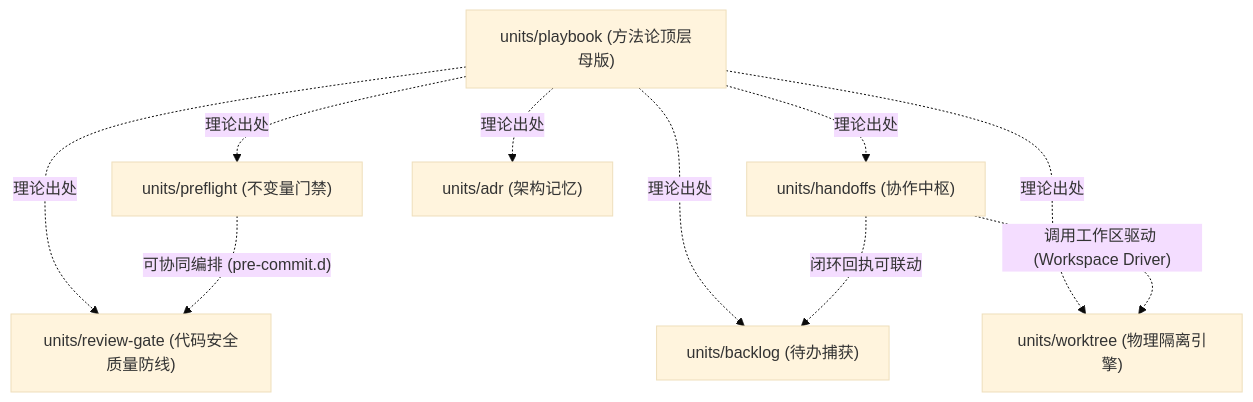
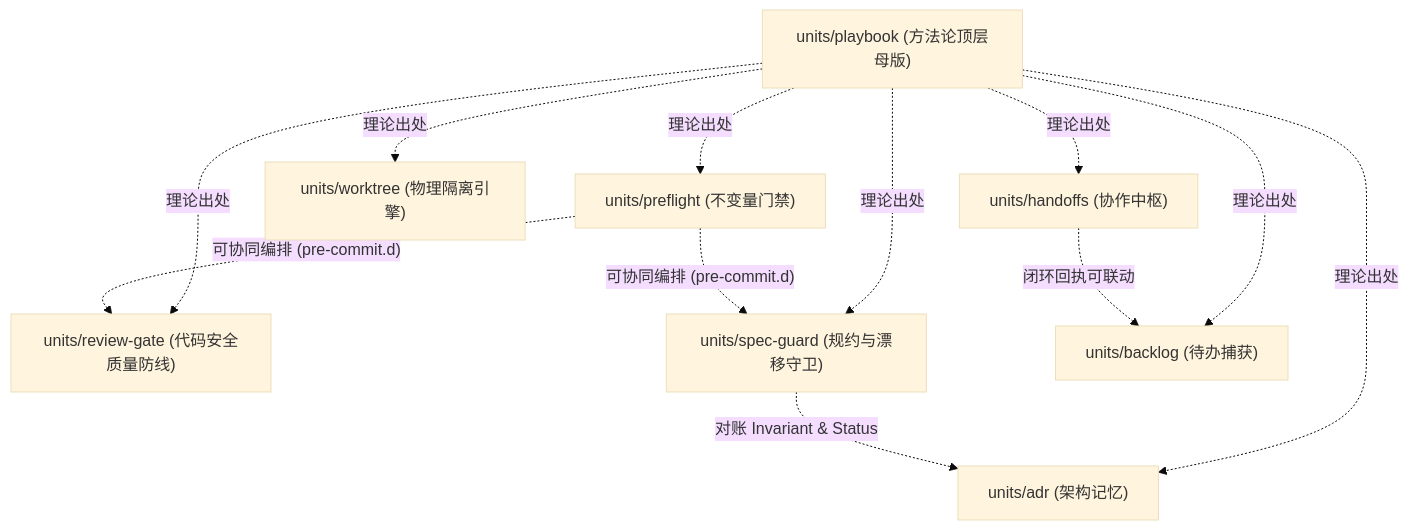
Before and after one commit to ChurzeXo/ReasonWeave: the diagram in group/architecture/dependency-graph.md, drawn with Mermaid (base theme). The commit also changed other lines of this file and 34 other files, not shown here.

Commit message:
feat(spec-guard): 落地全局架构规约与漂移守卫单元 (units/spec-guard v1.0.0, 冻结 ADR-0004)

````diff
--- a/group/architecture/dependency-graph.md
+++ b/group/architecture/dependency-graph.md
@@ -7,22 +7,25 @@
 ```mermaid
 graph TD
     PLAYBOOK["units/playbook (方法论顶层母版)"]
     
     HANDOFFS["units/handoffs (协作中枢)"]
     WORKTREE["units/worktree (物理隔离引擎)"]
     PREFLIGHT["units/preflight (不变量门禁)"]
     REVIEW["units/review-gate (代码安全质量防线)"]
     ADR["units/adr (架构记忆)"]
+    SPECGUARD["units/spec-guard (规约与漂移守卫)"]
     BACKLOG["units/backlog (待办捕获)"]
     
     PLAYBOOK -.->|"理论出处"| PREFLIGHT
     PLAYBOOK -.->|"理论出处"| REVIEW
     PLAYBOOK -.->|"理论出处"| ADR
+    PLAYBOOK -.->|"理论出处"| SPECGUARD
     PLAYBOOK -.->|"理论出处"| BACKLOG
     PLAYBOOK -.->|"理论出处"| HANDOFFS
     PLAYBOOK -.->|"理论出处"| WORKTREE
     
-    HANDOFFS -.->|"调用工作区驱动 (Workspace Driver)"| WORKTREE
+    SPECGUARD -.->|"对账 Invariant & Status"| ADR
+    PREFLIGHT -.->|"可协同编排 (pre-commit.d)"| SPECGUARD
     PREFLIGHT -.->|"可协同编排 (pre-commit.d)"| REVIEW
     HANDOFFS -.->|"闭环回执可联动"| BACKLOG
 ```
````
